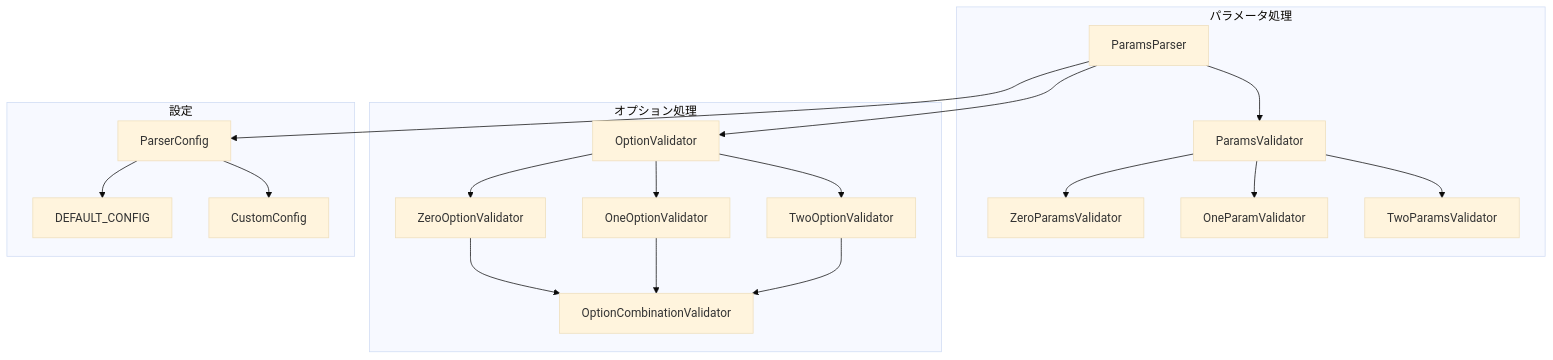
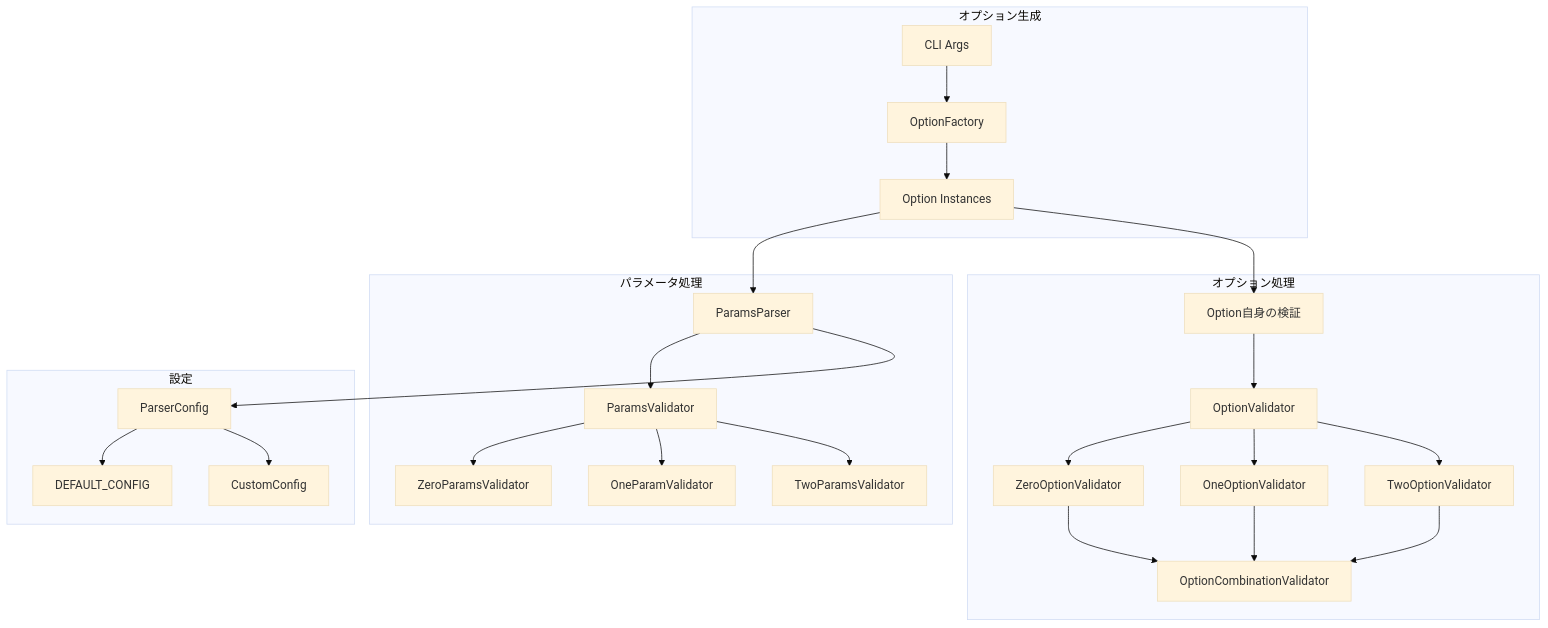
Before and after one commit to tettuan/breakdownparams: the first of 7 diagrams in docs/architecture/layer2_diagrams.ja.md, drawn with Mermaid (base theme). The commit also changed other lines of this file and 17 other files, not shown here.

````diff
--- a/docs/architecture/layer2_diagrams.ja.md
+++ b/docs/architecture/layer2_diagrams.ja.md
@@ -7,25 +7,32 @@
 ```mermaid
 graph TD
+    subgraph "オプション生成"
+        A[CLI Args] --> B[OptionFactory]
+        B --> C[Option Instances]
+    end
+
     subgraph "パラメータ処理"
-        A[ParamsParser] --> B[ParamsValidator]
-        B --> C1[ZeroParamsValidator]
-        B --> C2[OneParamValidator]
-        B --> C3[TwoParamsValidator]
+        C --> D[ParamsParser]
+        D --> E[ParamsValidator]
+        E --> F1[ZeroParamsValidator]
+        E --> F2[OneParamValidator]
+        E --> F3[TwoParamsValidator]
     end
 
     subgraph "オプション処理"
-        A --> D[OptionValidator]
-        D --> E1[ZeroOptionValidator]
-        D --> E2[OneOptionValidator]
-        D --> E3[TwoOptionValidator]
-        E1 --> F[OptionCombinationValidator]
-        E2 --> F
-        E3 --> F
+        C --> G[Option自身の検証]
+        G --> H[OptionValidator]
+        H --> I1[ZeroOptionValidator]
+        H --> I2[OneOptionValidator]
+        H --> I3[TwoOptionValidator]
+        I1 --> J[OptionCombinationValidator]
+        I2 --> J
+        I3 --> J
     end
 
     subgraph "設定"
-        A --> G[ParserConfig]
-        G --> H1[DEFAULT_CONFIG]
-        G --> H2[CustomConfig]
+        D --> K[ParserConfig]
+        K --> L1[DEFAULT_CONFIG]
+        K --> L2[CustomConfig]
     end
 ```
````
